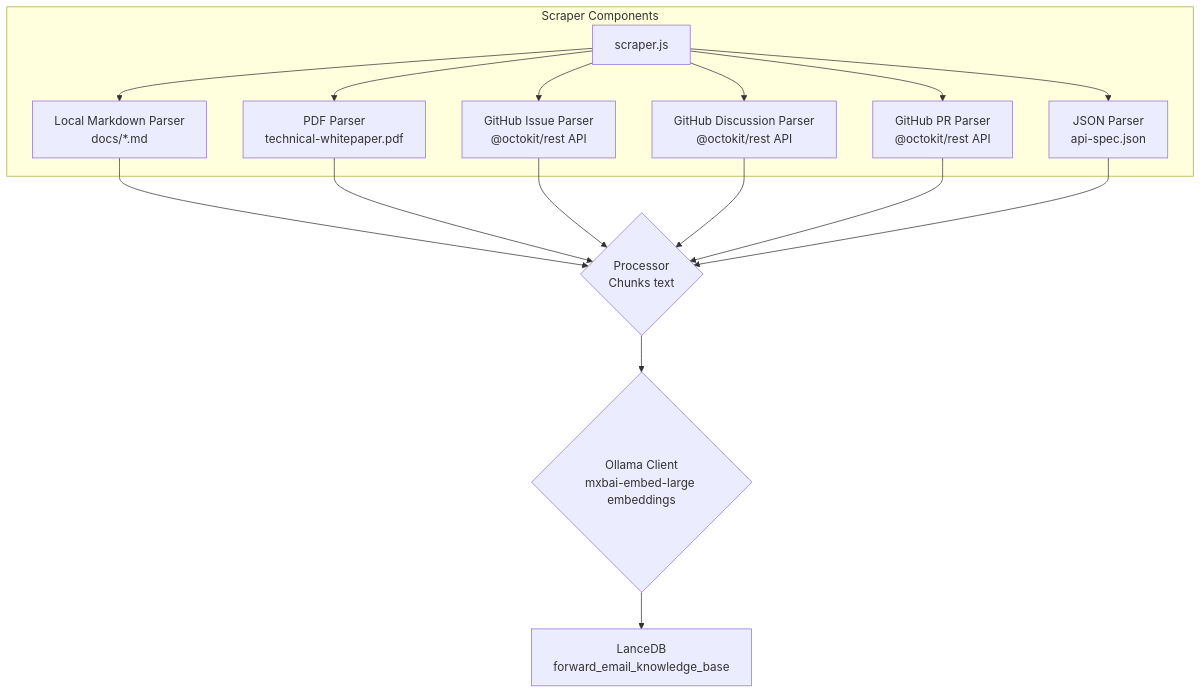
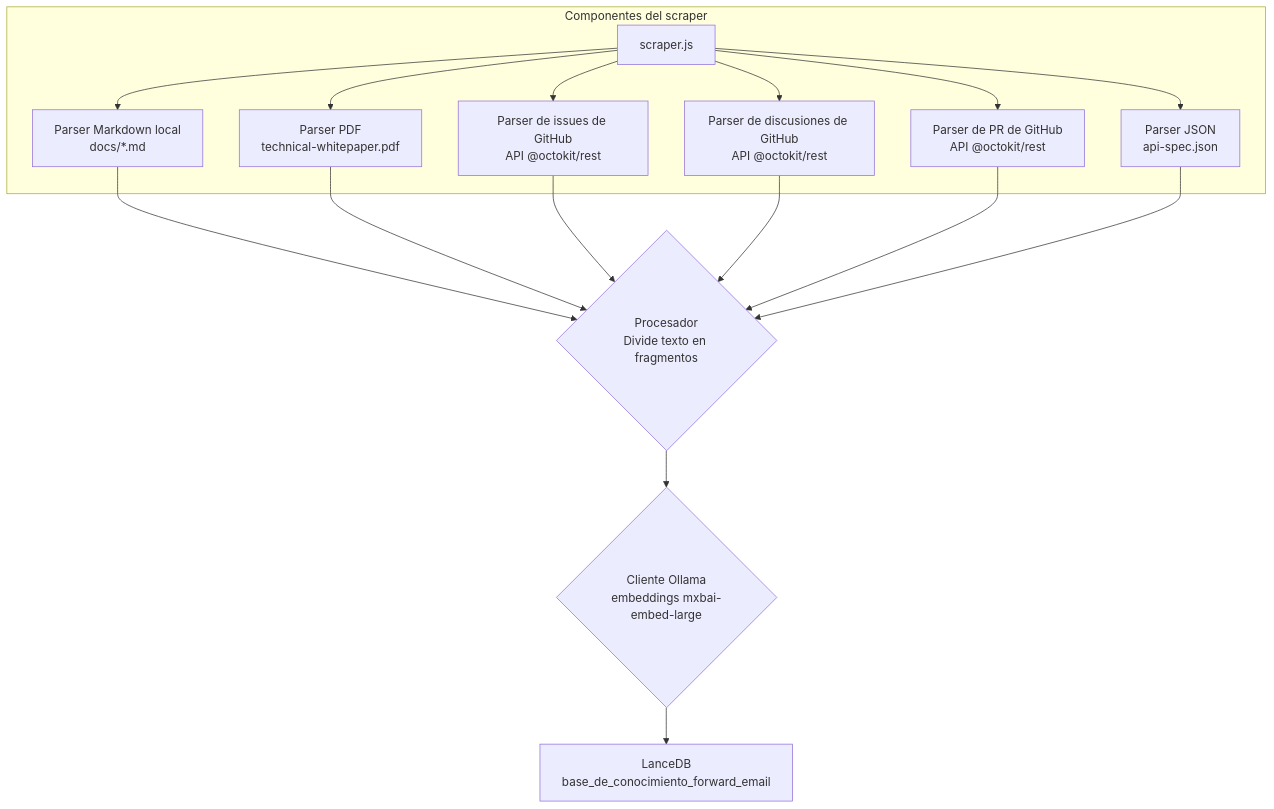
One commit to forwardemail/forwardemail.net changed the second of 3 diagrams in app/views/docs/privacy-first-ai-customer-support-agent-lancedb-ollama-nodejs/index-es.md. Above: the diagram before and after it, drawn with Mermaid. The commit also changed other lines of this file and 1055 other files, not shown here.

````diff
--- a/app/views/docs/privacy-first-ai-customer-support-agent-lancedb-ollama-nodejs/index-es.md
+++ b/app/views/docs/privacy-first-ai-customer-support-agent-lancedb-ollama-nodejs/index-es.md
@@ -458,19 +459,19 @@
 ```mermaid
 graph TD
-    subgraph "Scraper Components"
-        A[scraper.js] --> B[Local Markdown Parser<br/>docs/*.md]
-        A --> C[PDF Parser<br/>technical-whitepaper.pdf]
-        A --> D[GitHub Issue Parser<br/>@octokit/rest API]
-        A --> E[GitHub Discussion Parser<br/>@octokit/rest API]
-        A --> F[GitHub PR Parser<br/>@octokit/rest API]
-        A --> G[JSON Parser<br/>api-spec.json]
+    subgraph "Componentes del scraper"
+        A[scraper.js] --> B[Parser Markdown local<br/>docs/*.md]
+        A --> C[Parser PDF<br/>technical-whitepaper.pdf]
+        A --> D[Parser de issues de GitHub<br/>API @octokit/rest]
+        A --> E[Parser de discusiones de GitHub<br/>API @octokit/rest]
+        A --> F[Parser de PR de GitHub<br/>API @octokit/rest]
+        A --> G[Parser JSON<br/>api-spec.json]
     end
-    B --> I{Processor<br/>Chunks text}
+    B --> I{Procesador<br/>Divide texto en fragmentos}
     C --> I
     D --> I
     E --> I
     F --> I
     G --> I
-    I --> J{Ollama Client<br/>mxbai-embed-large embeddings}
-    J --> K[LanceDB<br/>forward_email_knowledge_base]
+    I --> J{Cliente Ollama<br/>embeddings mxbai-embed-large}
+    J --> K[LanceDB<br/>base_de_conocimiento_forward_email]
 ```
````
